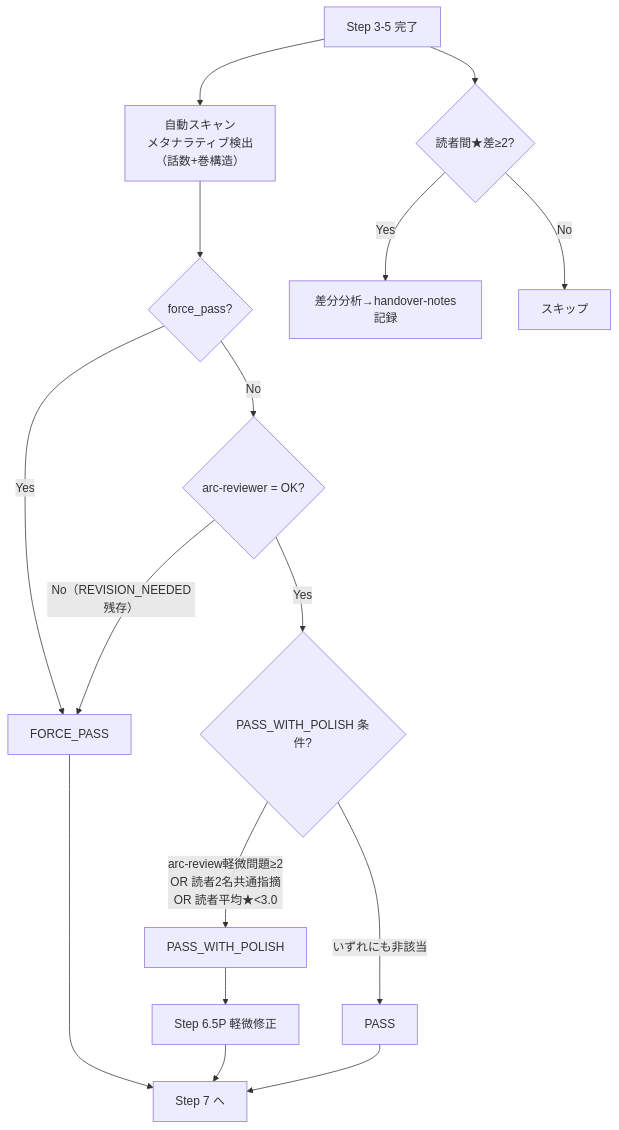
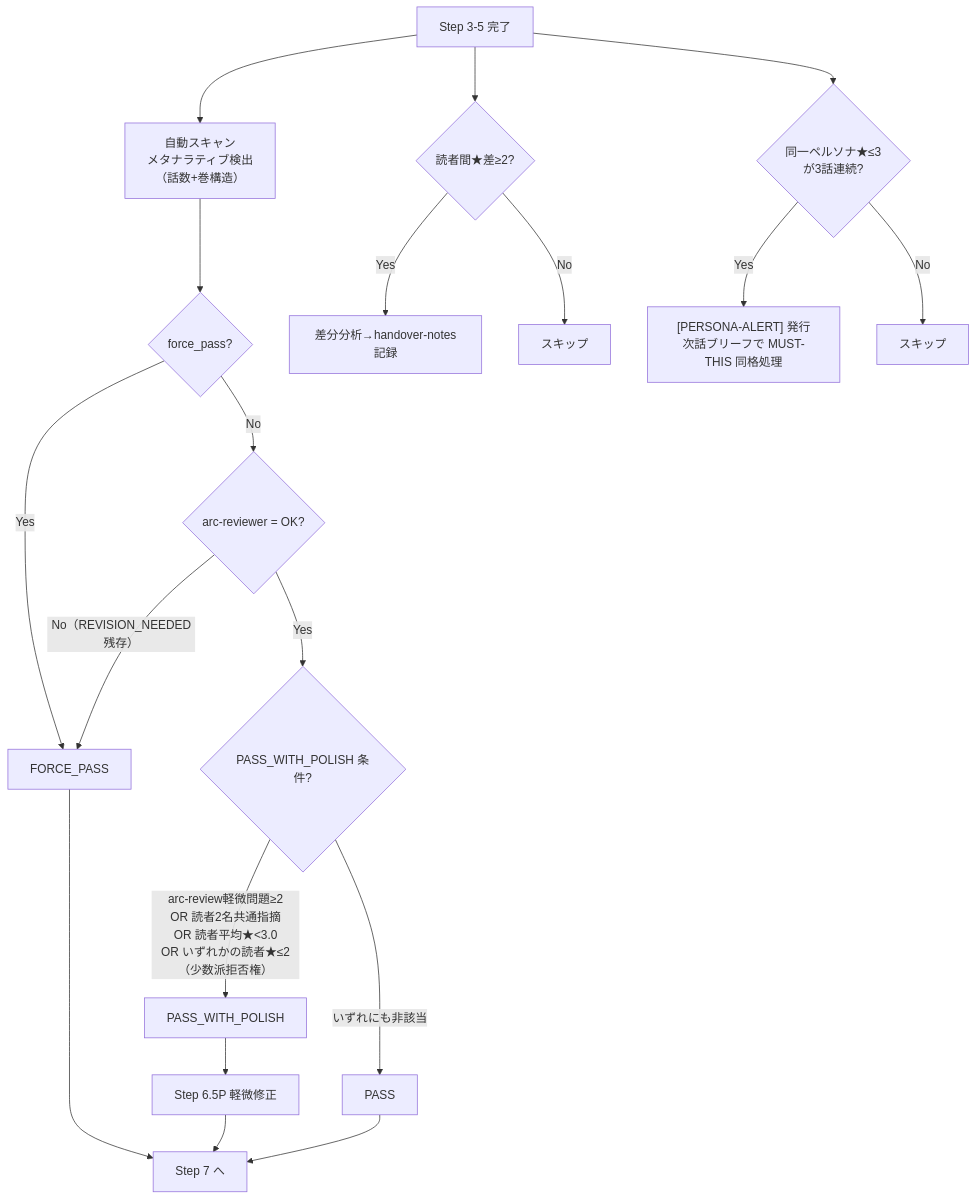
One commit to finelagusaz/Agentic_Writing changed the second of 4 diagrams in docs/workflows.md. Above: the diagram before and after it, drawn with Mermaid. The commit also changed other lines of this file and 21 other files, not shown here.

````diff
--- a/docs/workflows.md
+++ b/docs/workflows.md
@@ -179,20 +189,24 @@
 ```mermaid
 flowchart TD
     A["Step 3-5 完了"] --> S0["自動スキャン<br/>メタナラティブ検出<br/>（話数+巻構造）"]
     S0 --> C{"force_pass?"}
     C -->|Yes| FP["FORCE_PASS"]
     C -->|No| D{"arc-reviewer = OK?"}
     D -->|No（REVISION_NEEDED残存）| FP
     D -->|Yes| E{"PASS_WITH_POLISH 条件?"}
-    E -->|"arc-review軽微問題≥2\nOR 読者2名共通指摘\nOR 読者平均★<3.0"| PWP["PASS_WITH_POLISH"]
+    E -->|"arc-review軽微問題≥2\nOR 読者2名共通指摘\nOR 読者平均★<3.0\nOR いずれかの読者★≤2（少数派拒否権）"| PWP["PASS_WITH_POLISH"]
     E -->|いずれにも非該当| PASS["PASS"]
 
     PWP --> POL["Step 6.5P 軽微修正"]
     POL --> FIN["Step 7 へ"]
     PASS --> FIN
     FP --> FIN
 
     A --> GAP{"読者間★差≥2?"}
     GAP -->|Yes| ANAL["差分分析→handover-notes記録"]
     GAP -->|No| SKIP["スキップ"]
+
+    A --> PA{"同一ペルソナ★≤3\nが3話連続?"}
+    PA -->|Yes| ALERT["[PERSONA-ALERT] 発行\n次話ブリーフで MUST-THIS 同格処理"]
+    PA -->|No| SKIP2["スキップ"]
 ```
````
